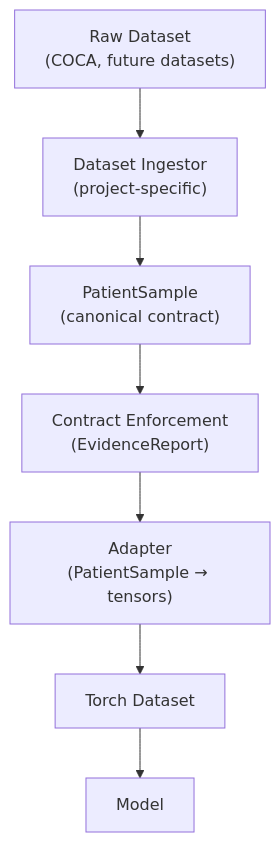
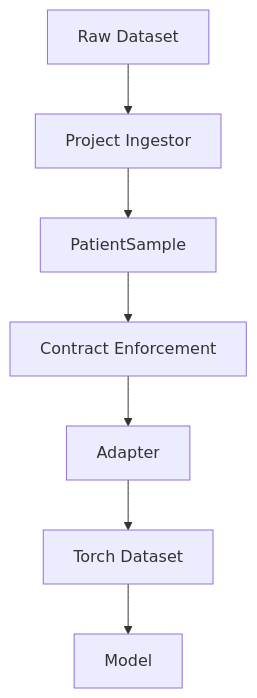
Before and after one commit to reneeqian/Coronary_prj: the first of 2 diagrams in docs/current_state_design_and_conventions.md, drawn with Mermaid. The commit also changed other lines of this file and 2 other files, not shown here.

````diff
--- a/docs/current_state_design_and_conventions.md
+++ b/docs/current_state_design_and_conventions.md
@@ -201,18 +220,12 @@
 ```mermaid
 flowchart TD
-    A["Raw Dataset\n(COCA, future datasets)"]
-    B["Dataset Ingestor\n(project-specific)"]
-    C["PatientSample\n(canonical contract)"]
-    D["Contract Enforcement\n(EvidenceReport)"]
-    E["Adapter\n(PatientSample → tensors)"]
+    A["Raw Dataset"]
+    B["Project Ingestor"]
+    C["PatientSample"]
+    D["Contract Enforcement"]
+    E["Adapter"]
     F["Torch Dataset"]
     G["Model"]
 
-    A --> B
-    B --> C
-    C --> D
-    D --> E
-    E --> F
-    F --> G
-
+    A --> B --> C --> D --> E --> F --> G
 ```
````
